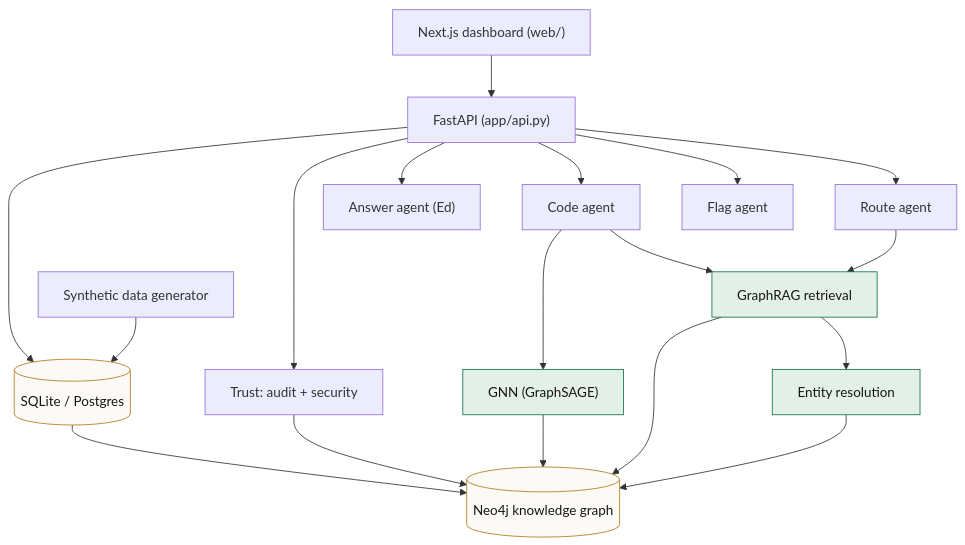
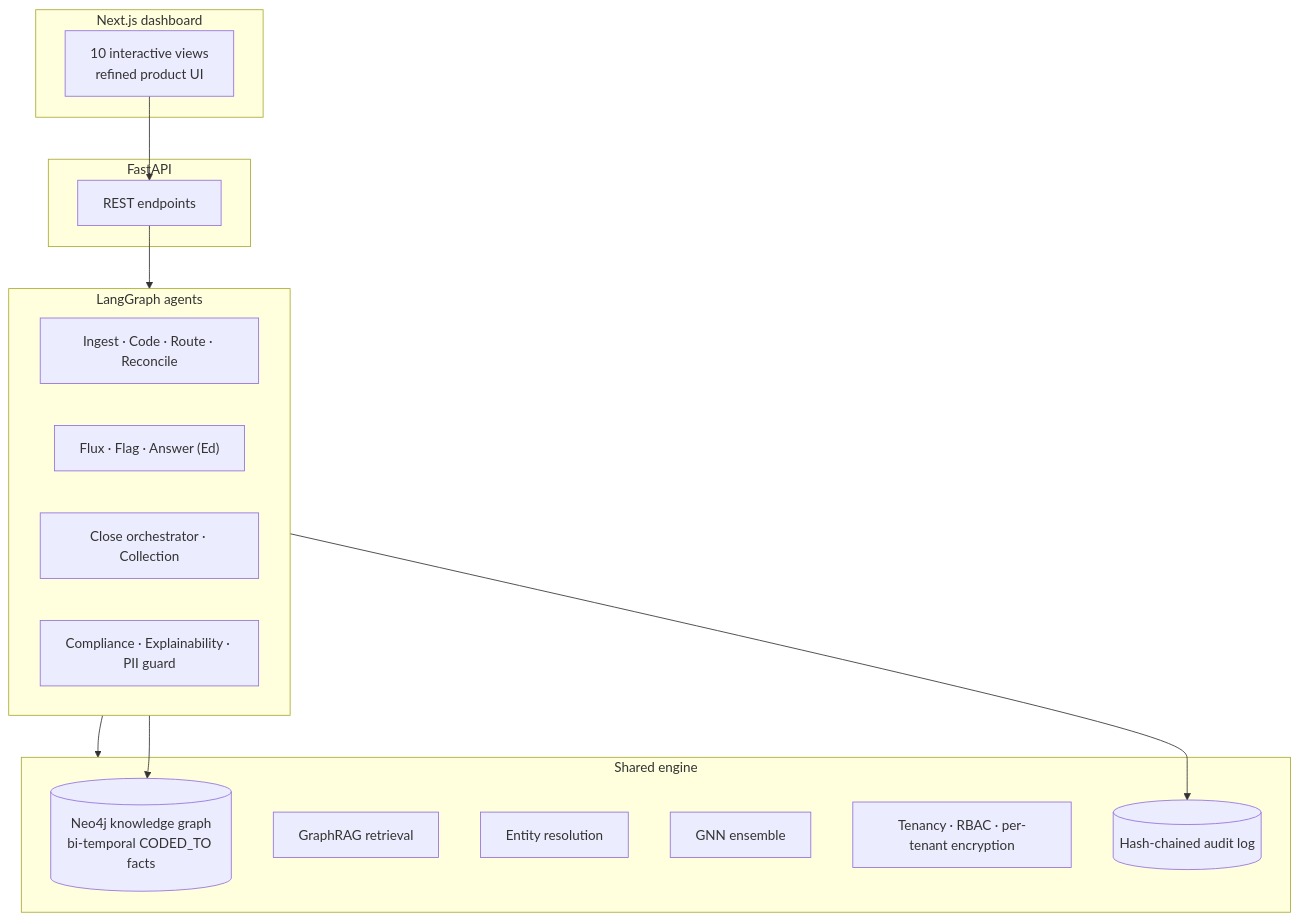
Before and after one commit to ghostiee-11/trustmax: the second of 5 diagrams in README.md, drawn with Mermaid. The commit also changed other lines of this file and 4 other files, not shown here.

````diff
--- a/README.md
+++ b/README.md
@@ -90,24 +132,26 @@
 ```mermaid
 flowchart TB
-  UI["Next.js dashboard (web/)"] --> API["FastAPI (app/api.py)"]
-  API --> R["Route agent"]
-  API --> F["Flag agent"]
-  API --> C["Code agent"]
-  API --> A["Answer agent (Ed)"]
-  API --> T["Trust: audit + security"]
-  R --> GR["GraphRAG retrieval"]
-  C --> GR
-  GR --> ER["Entity resolution"]
-  C --> GNN["GNN (GraphSAGE)"]
-  GR --> KG[("Neo4j knowledge graph")]
-  GNN --> KG
-  ER --> KG
-  T --> KG
-  API --> DB[("SQLite / Postgres")]
-  DG["Synthetic data generator"] --> DB
-  DB --> KG
-  classDef g fill:#E3F0E8,stroke:#12734A,color:#17170f;
-  classDef k fill:#FBFAF6,stroke:#b7791f,color:#17170f;
-  class GR,ER,GNN g;
-  class KG,DB k;
+  subgraph FE["Next.js dashboard"]
+    UI["10 interactive views<br/>refined product UI"]
+  end
+  subgraph API["FastAPI"]
+    EP["REST endpoints"]
+  end
+  subgraph AG["LangGraph agents"]
+    A1["Ingest · Code · Route · Reconcile"]
+    A2["Flux · Flag · Answer (Ed)"]
+    A3["Close orchestrator · Collection"]
+    A4["Compliance · Explainability · PII guard"]
+  end
+  subgraph ENG["Shared engine"]
+    KG[("Neo4j knowledge graph<br/>bi-temporal CODED_TO facts")]
+    RAG["GraphRAG retrieval"]
+    ER["Entity resolution"]
+    GNN["GNN ensemble"]
+    SEC["Tenancy · RBAC · per-tenant encryption"]
+    AUD[("Hash-chained audit log")]
+  end
+  UI --> EP --> AG --> ENG
+  AG --> KG
+  AG --> AUD
 ```
````
